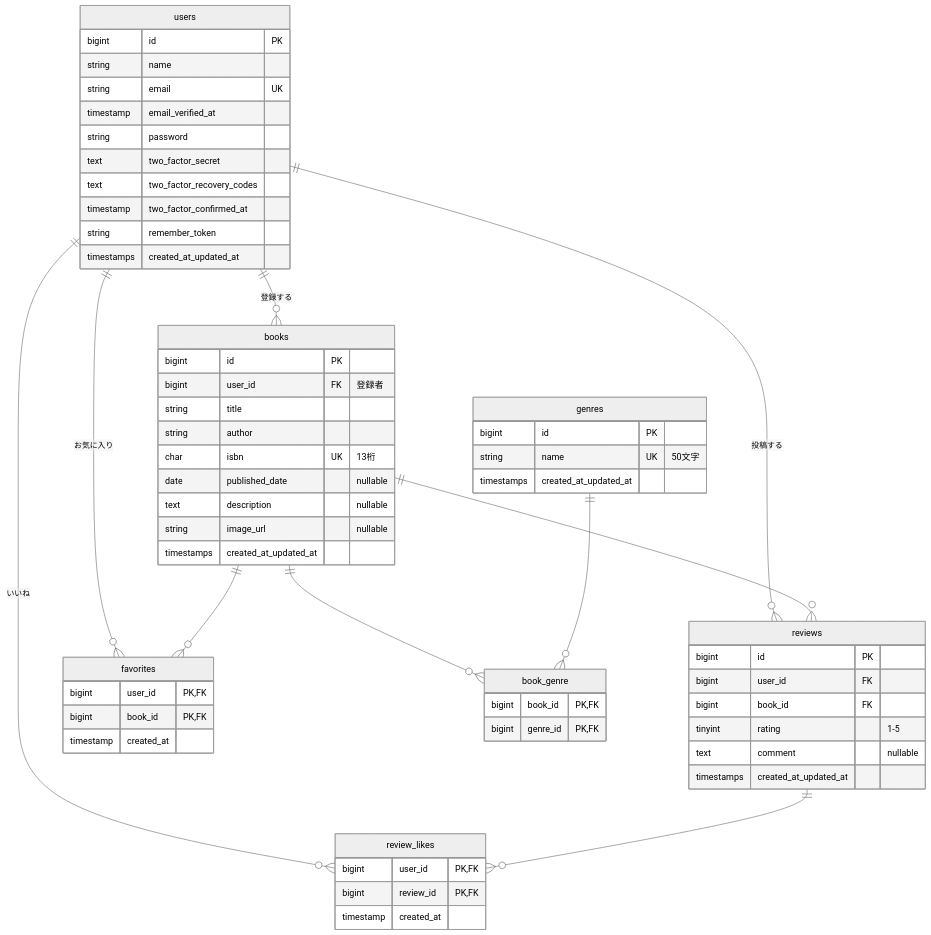
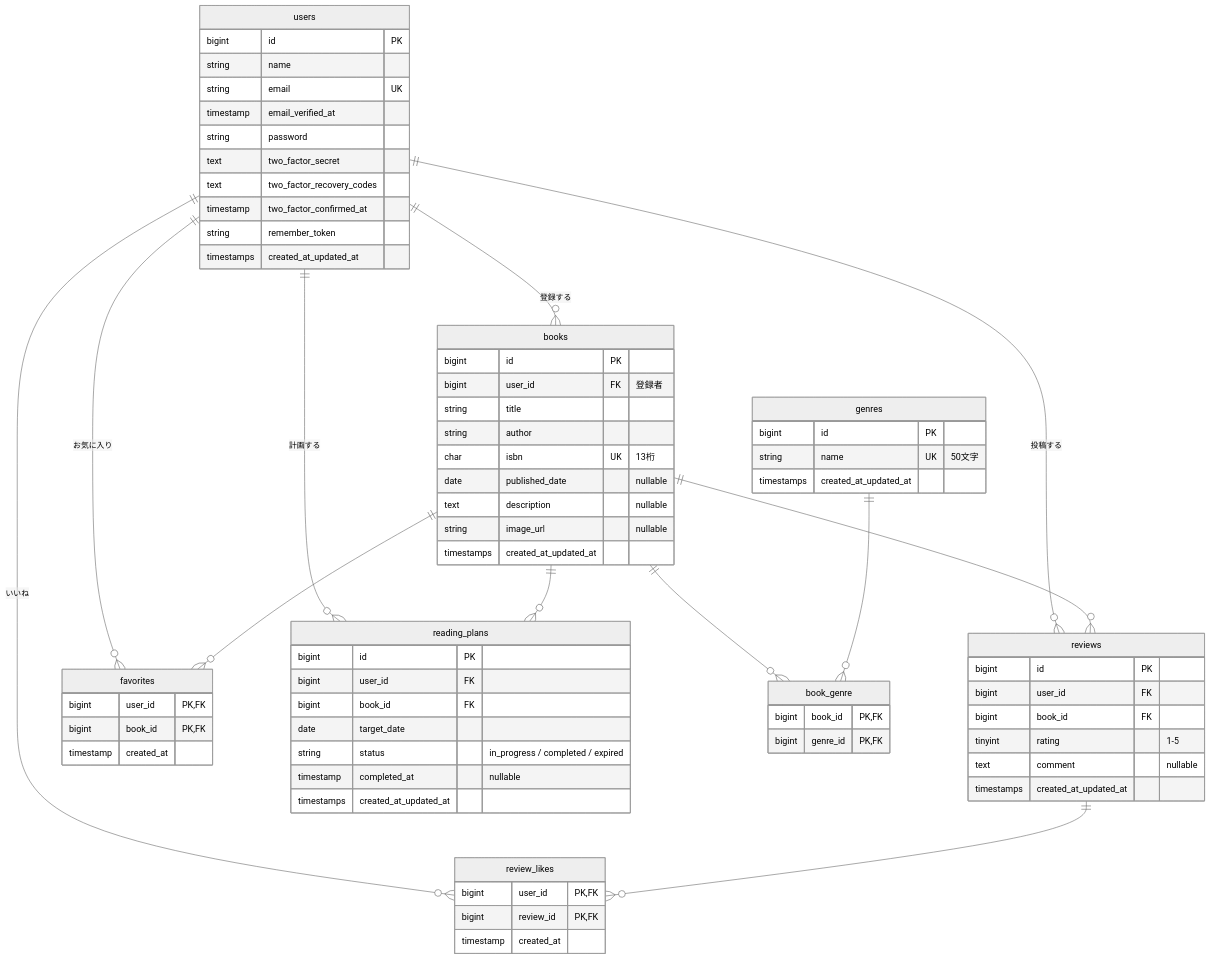
The diagram in README.md (Yoshi14-M/bookshelf-app), drawn with Mermaid (neutral theme) before and after one commit. The commit also changed other lines of this file and 18 other files, not shown here.

````diff
--- a/README.md
+++ b/README.md
@@ -167,63 +168,74 @@
 ```mermaid
 erDiagram
     users ||--o{ books : "登録する"
     users ||--o{ reviews : "投稿する"
     users ||--o{ favorites : "お気に入り"
     books ||--o{ favorites : ""
     users ||--o{ review_likes : "いいね"
+    users ||--o{ reading_plans : "計画する"
+    books ||--o{ reading_plans : ""
     reviews ||--o{ review_likes : ""
     books ||--o{ reviews : ""
     books ||--o{ book_genre : ""
     genres ||--o{ book_genre : ""
 
     users {
         bigint id PK
         string name
         string email UK
         timestamp email_verified_at
         string password
         text two_factor_secret
         text two_factor_recovery_codes
         timestamp two_factor_confirmed_at
         string remember_token
         timestamps created_at_updated_at
     }
     genres {
         bigint id PK
         string name UK "50文字"
         timestamps created_at_updated_at
     }
     books {
         bigint id PK
         bigint user_id FK "登録者"
         string title
         string author
         char isbn UK "13桁"
         date published_date "nullable"
         text description "nullable"
         string image_url "nullable"
         timestamps created_at_updated_at
     }
     book_genre {
         bigint book_id PK, FK
         bigint genre_id PK, FK
     }
     reviews {
         bigint id PK
         bigint user_id FK
         bigint book_id FK
         tinyint rating "1-5"
         text comment "nullable"
         timestamps created_at_updated_at
     }
     favorites {
         bigint user_id PK, FK
         bigint book_id PK, FK
         timestamp created_at
     }
     review_likes {
         bigint user_id PK, FK
         bigint review_id PK, FK
         timestamp created_at
     }
+    reading_plans {
+        bigint id PK
+        bigint user_id FK
+        bigint book_id FK
+        date target_date
+        string status "in_progress / completed / expired"
+        timestamp completed_at "nullable"
+        timestamps created_at_updated_at
+    }
 ```
````
